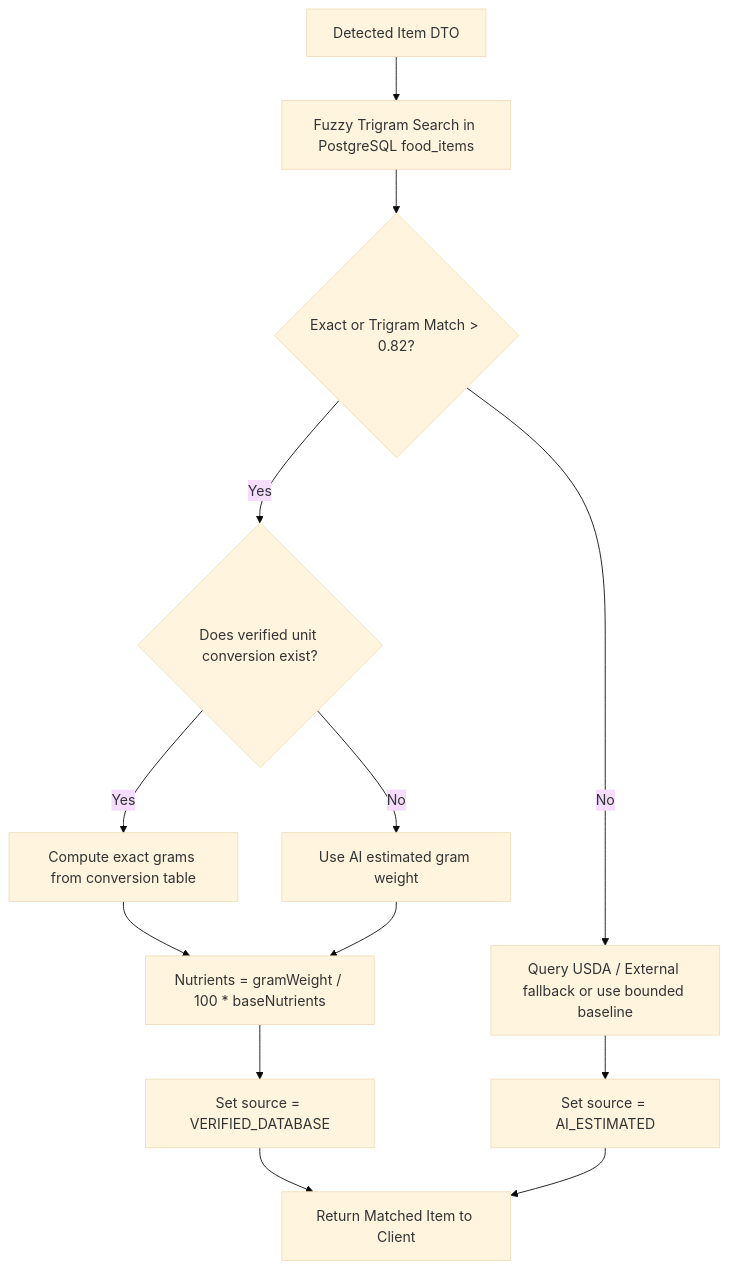
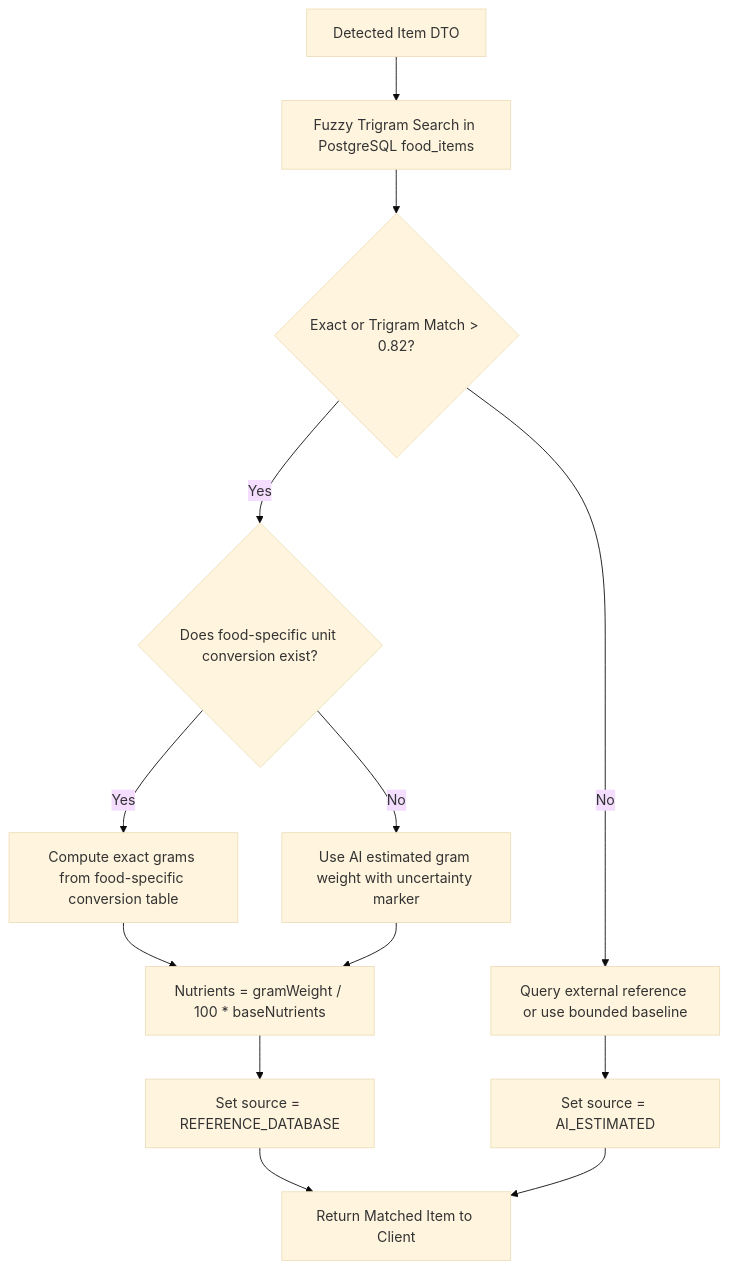
Before and after one commit to badal484/CAL-METER: the second of 2 diagrams in docs/AI_PIPELINE.md, drawn with Mermaid (base theme). The commit also changed other lines of this file and 88 other files, not shown here.

````diff
--- a/docs/AI_PIPELINE.md
+++ b/docs/AI_PIPELINE.md
@@ -170,18 +133,18 @@
 ```mermaid
 flowchart TD
     Item[Detected Item DTO] --> QueryDB[Fuzzy Trigram Search in PostgreSQL food_items]
     QueryDB --> MatchCheck{Exact or Trigram Match > 0.82?}
-    
-    MatchCheck -- Yes --> UnitCheck{Does verified unit conversion exist?}
-    UnitCheck -- Yes --> CalcStandard[Compute exact grams from conversion table]
-    UnitCheck -- No --> CalcDensity[Use AI estimated gram weight]
+
+    MatchCheck -- Yes --> UnitCheck{Does food-specific unit conversion exist?}
+    UnitCheck -- Yes --> CalcStandard[Compute exact grams from food-specific conversion table]
+    UnitCheck -- No --> CalcDensity[Use AI estimated gram weight with uncertainty marker]
     CalcStandard --> FinalNutrients[Nutrients = gramWeight / 100 * baseNutrients]
     CalcDensity --> FinalNutrients
-    FinalNutrients --> FlagVerified[Set source = VERIFIED_DATABASE]
+    FinalNutrients --> FlagVerified[Set source = REFERENCE_DATABASE]
 
-    MatchCheck -- No --> FallbackAI[Query USDA / External fallback or use bounded baseline]
+    MatchCheck -- No --> FallbackAI[Query external reference or use bounded baseline]
     FallbackAI --> FlagAI[Set source = AI_ESTIMATED]
-    
+
     FlagVerified --> Result[Return Matched Item to Client]
     FlagAI --> Result
 ```
````
